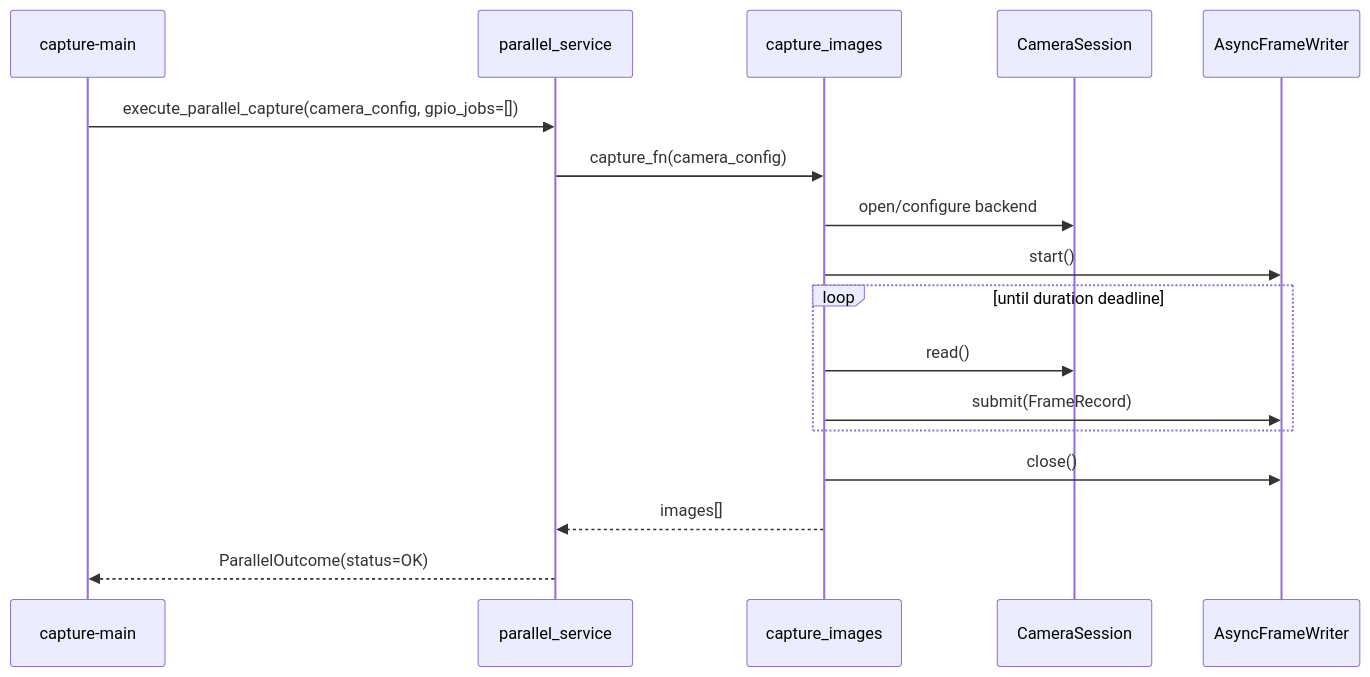
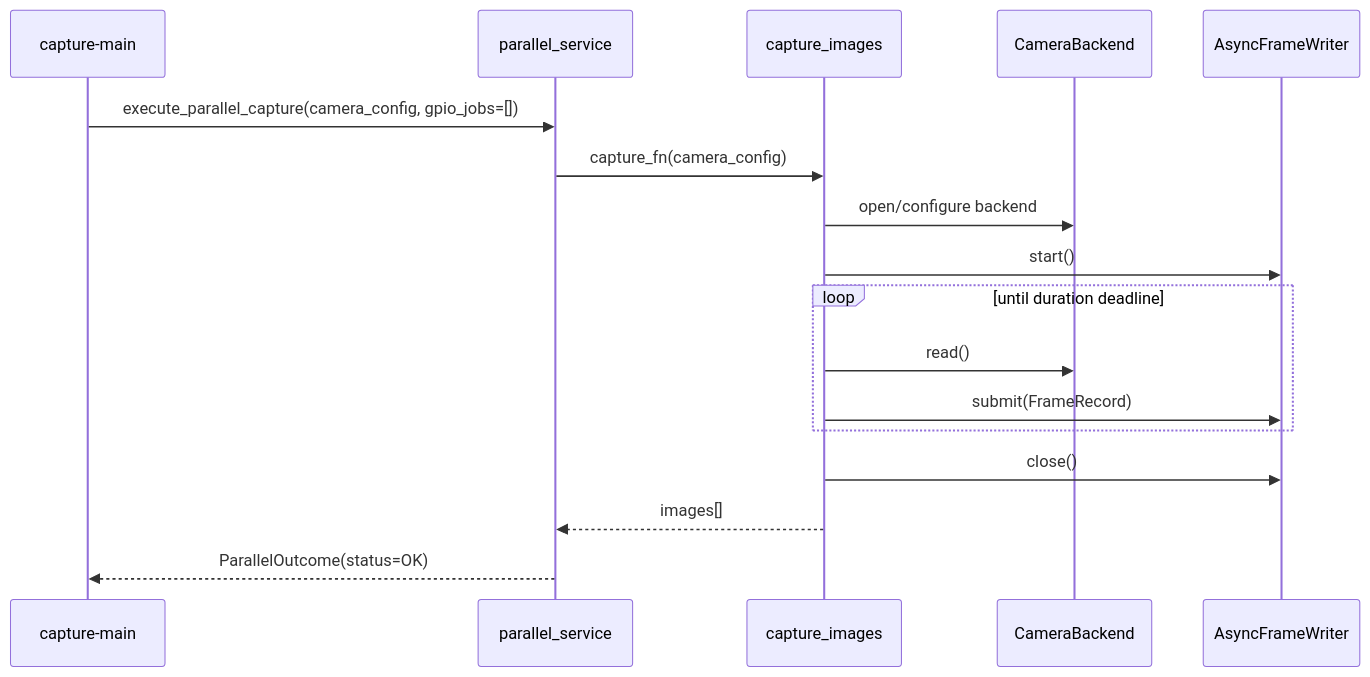
The first of 2 diagrams in README.md (rklinkhammer/opencv), drawn with Mermaid before and after one commit. The commit also changed other lines of this file and 32 other files, not shown here.

````diff
--- a/README.md
+++ b/README.md
@@ -322,20 +322,20 @@
 ```mermaid
 sequenceDiagram
   participant CLI as capture-main
   participant PS as parallel_service
   participant CAP as capture_images
-  participant SES as CameraSession
+  participant CAM as CameraBackend
   participant WR as AsyncFrameWriter
 
   CLI->>PS: execute_parallel_capture(camera_config, gpio_jobs=[])
   PS->>CAP: capture_fn(camera_config)
-  CAP->>SES: open/configure backend
+  CAP->>CAM: open/configure backend
   CAP->>WR: start()
   loop until duration deadline
-    CAP->>SES: read()
+    CAP->>CAM: read()
     CAP->>WR: submit(FrameRecord)
   end
   CAP->>WR: close()
   CAP-->>PS: images[]
   PS-->>CLI: ParallelOutcome(status=OK)
 ```
````
